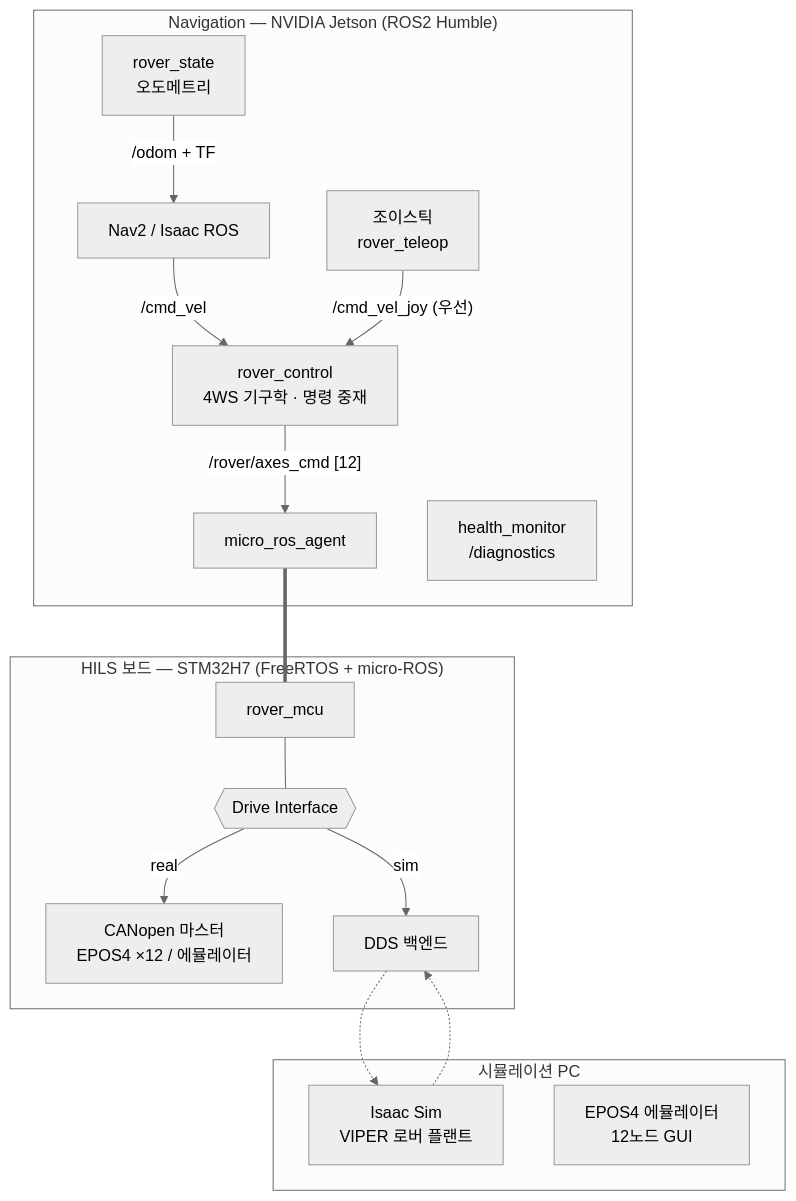
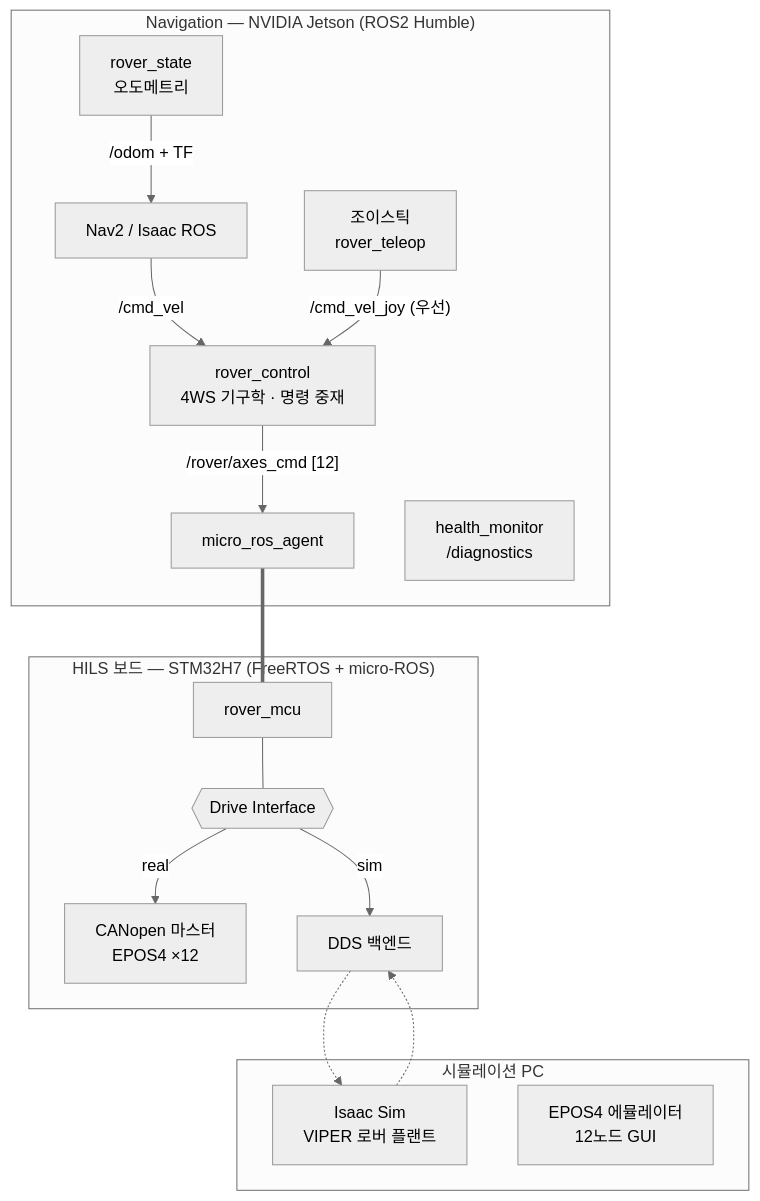
The diagram in homepage-src/docs/projects/l-project-hils.md (parclab-hsu/parclab-hsu.github.io), drawn with Mermaid (neutral theme) before and after one commit. The commit also changed other lines of this file and 4 other files, not shown here.

````diff
--- a/homepage-src/docs/projects/l-project-hils.md
+++ b/homepage-src/docs/projects/l-project-hils.md
@@ -41,25 +42,25 @@
 ```mermaid
 flowchart TB
     subgraph J["Navigation — NVIDIA Jetson (ROS2 Humble)"]
         NAV[Nav2 / Isaac ROS] -- /cmd_vel --> RC[rover_control<br/>4WS 기구학 · 명령 중재]
         JOY[조이스틱<br/>rover_teleop] -- "/cmd_vel_joy (우선)" --> RC
         RC -- "/rover/axes_cmd [12]" --> AG[micro_ros_agent]
         RS[rover_state<br/>오도메트리] -- /odom + TF --> NAV
         HM[health_monitor<br/>/diagnostics]
     end
 
     subgraph B["HILS 보드 — STM32H7 (FreeRTOS + micro-ROS)"]
         MCU[rover_mcu] --- DIF{{Drive Interface}}
-        DIF -- real --> EPOS[CANopen 마스터<br/>EPOS4 ×12 / 에뮬레이터]
+        DIF -- real --> EPOS[CANopen 마스터<br/>EPOS4 ×12]
         DIF -- sim --> DSIM[DDS 백엔드]
     end
 
     subgraph S["시뮬레이션 PC"]
         SIM[Isaac Sim<br/>VIPER 로버 플랜트]
         EMU[EPOS4 에뮬레이터<br/>12노드 GUI]
     end
 
     AG === MCU
     DSIM -.-> SIM
     SIM -.-> DSIM
 ```
````
